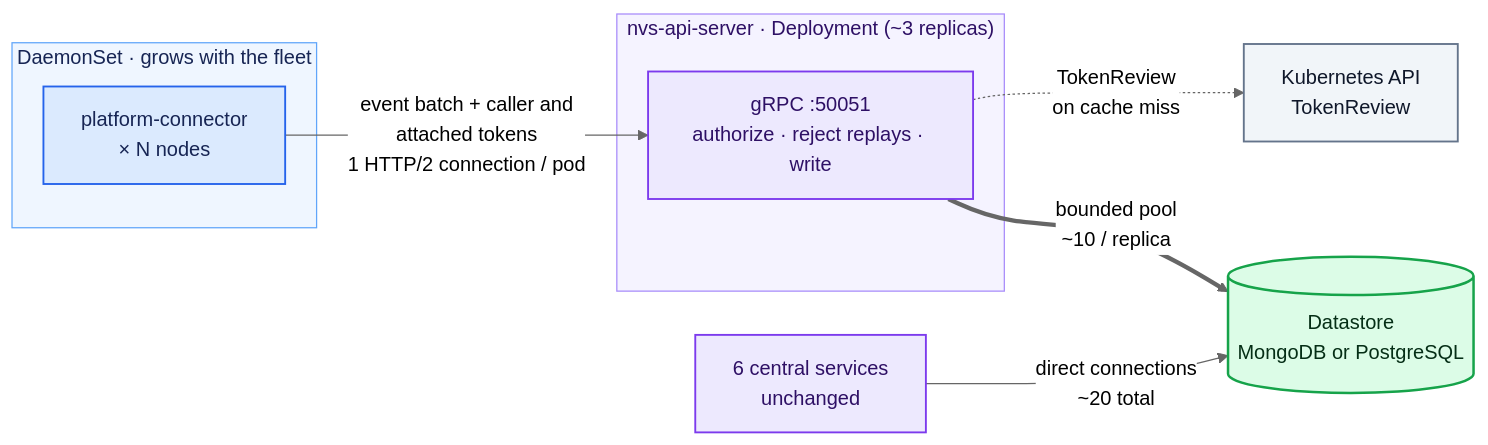
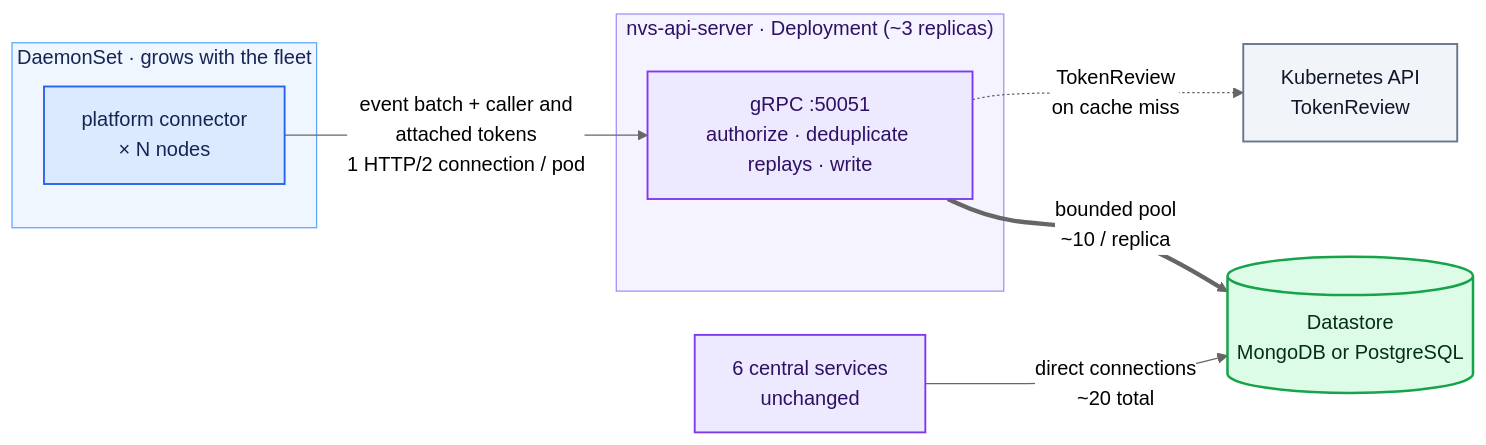
Before and after one commit to KaivalyaMDabhadkar/NVSentinel: the second of 6 diagrams in docs/designs/050-datastore-api-server.md, drawn with Mermaid (neutral theme). The commit also changed other lines of this file, not shown here.

Commit message:
fix: duplicate platform connector code as nvs-api-server

````diff
--- a/docs/designs/050-datastore-api-server.md
+++ b/docs/designs/050-datastore-api-server.md
@@ -97,30 +103,30 @@
 ```mermaid
 flowchart LR
     subgraph fleet["DaemonSet · grows with the fleet"]
-        PC["platform-connector<br/>× N nodes"]
+        PC["platform connector<br/>× N nodes"]
     end
 
     subgraph server["nvs-api-server · Deployment (~3 replicas)"]
-        API["gRPC :50051<br/>authorize · reject replays · write"]
+        API["gRPC :50051<br/>authorize · deduplicate replays · write"]
     end
 
     K8S["Kubernetes API<br/>TokenReview"]
     CS["6 central services<br/>unchanged"]
     DB[("Datastore<br/>MongoDB or PostgreSQL")]
 
     PC -- "event batch + caller and<br/>attached tokens<br/>1 HTTP/2 connection / pod" --> API
     API == "bounded pool<br/>~10 / replica" ==> DB
     API -. "TokenReview<br/>on cache miss" .-> K8S
     CS -- "direct connections<br/>~20 total" --> DB
 
     classDef writer fill:#DBEAFE,stroke:#2563EB,color:#172554,stroke-width:1.5px
     classDef service fill:#EDE9FE,stroke:#7C3AED,color:#2E1065,stroke-width:1.5px
     classDef support fill:#F1F5F9,stroke:#64748B,color:#0F172A,stroke-width:1.5px
     classDef database fill:#DCFCE7,stroke:#16A34A,color:#052E16,stroke-width:2px
     class PC writer
     class API,CS service
     class K8S support
     class DB database
     style fleet fill:#EFF6FF,stroke:#60A5FA,color:#172554,stroke-width:1px
     style server fill:#F5F3FF,stroke:#A78BFA,color:#2E1065,stroke-width:1px
 ```
````
